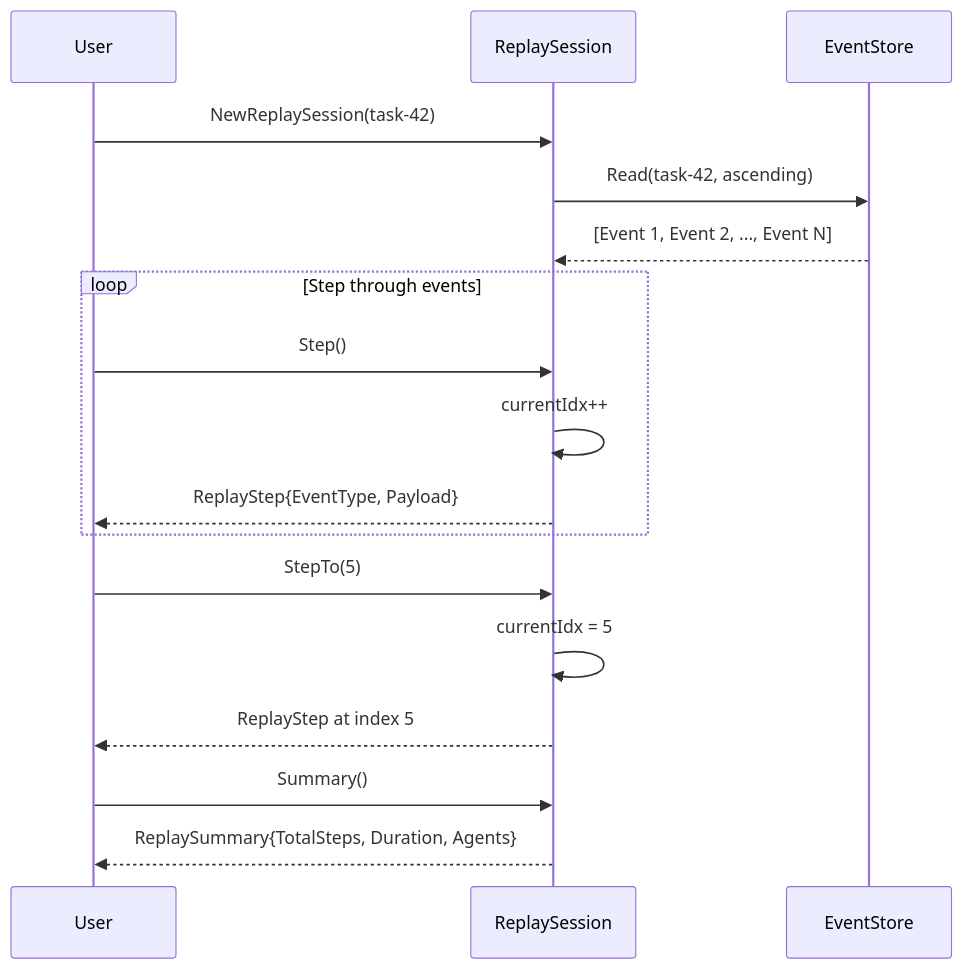
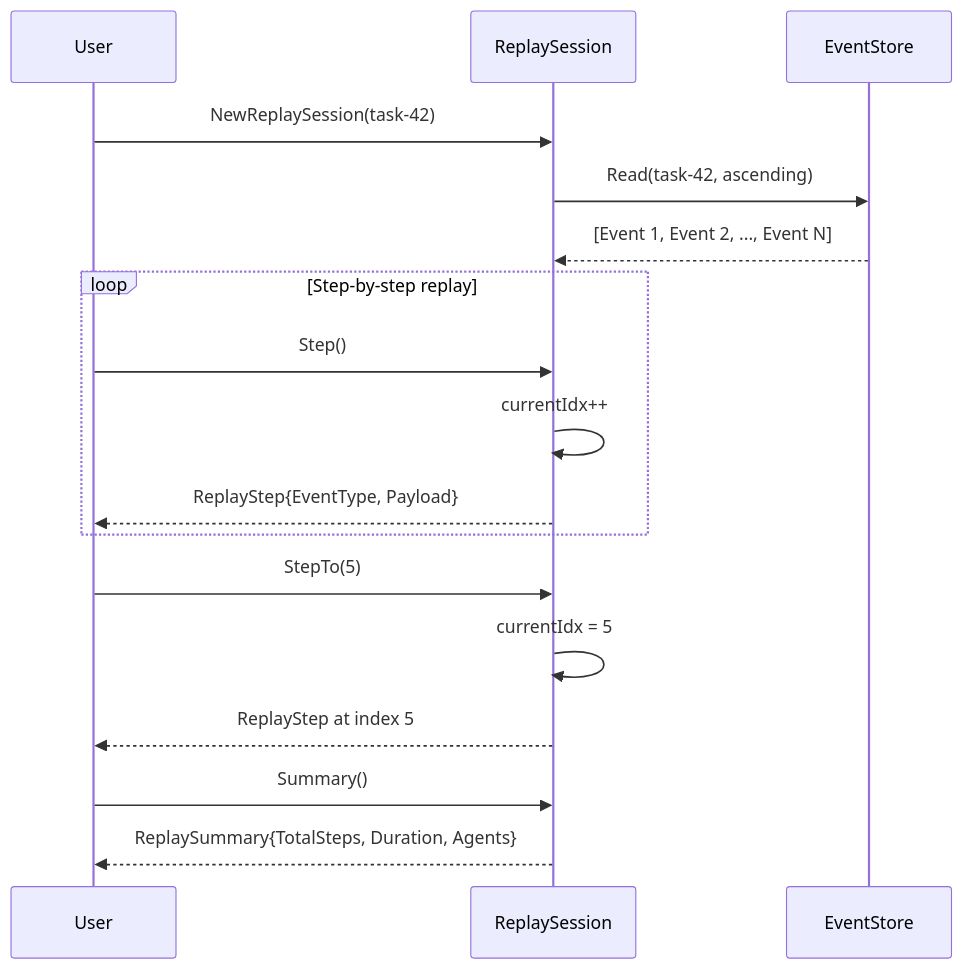
Before and after one commit to Timwood0x10/ARES: the fourth of 6 diagrams in docs/articles/en/event-system-deep-dive.md, drawn with Mermaid. The commit also changed other lines of this file and 22 other files, not shown here.

````diff
--- a/docs/articles/en/event-system-deep-dive.md
+++ b/docs/articles/en/event-system-deep-dive.md
@@ -369,23 +268,23 @@
 ```mermaid
 sequenceDiagram
-    participant User
+    participant User as User
     participant RS as ReplaySession
     participant Store as EventStore
 
     User->>RS: NewReplaySession(task-42)
     RS->>Store: Read(task-42, ascending)
     Store-->>RS: [Event 1, Event 2, ..., Event N]
 
-    loop Step through events
+    loop Step-by-step replay
         User->>RS: Step()
         RS->>RS: currentIdx++
         RS-->>User: ReplayStep{EventType, Payload}
     end
 
     User->>RS: StepTo(5)
     RS->>RS: currentIdx = 5
     RS-->>User: ReplayStep at index 5
 
     User->>RS: Summary()
     RS-->>User: ReplaySummary{TotalSteps, Duration, Agents}
 ```
````
